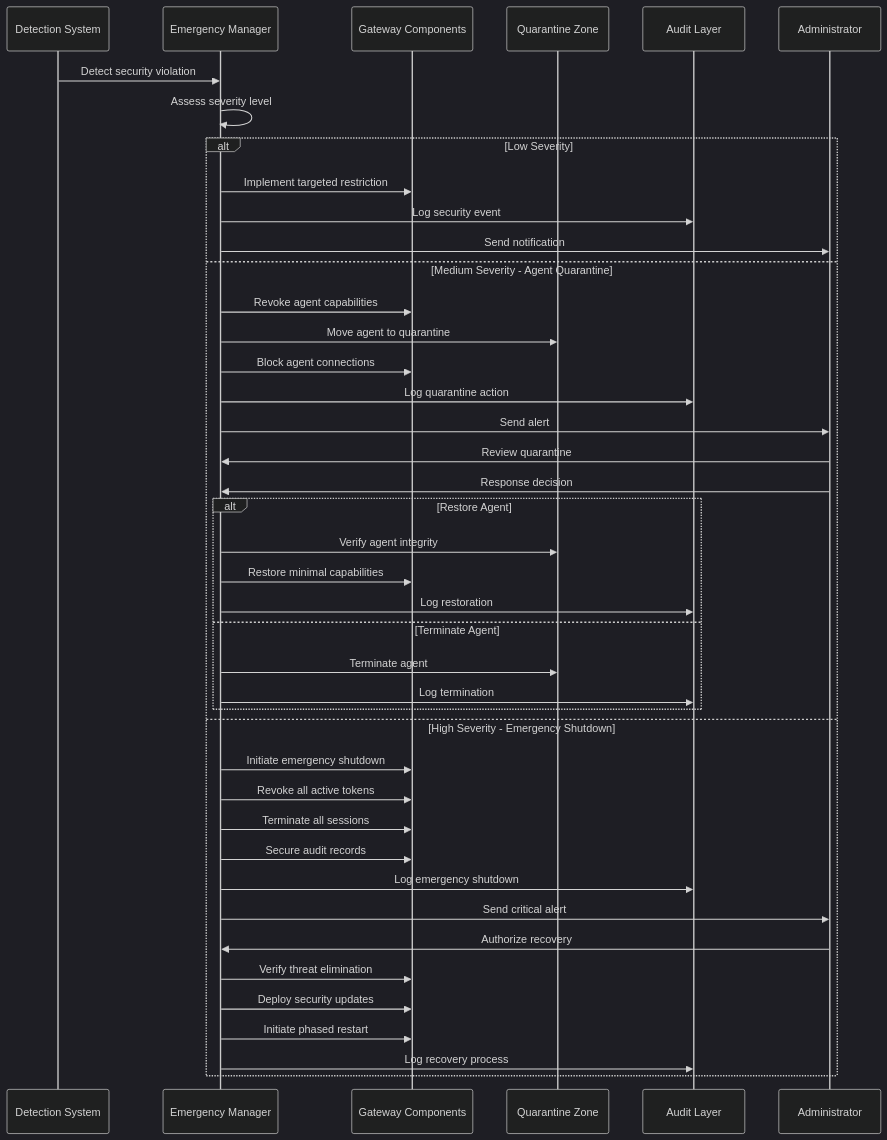
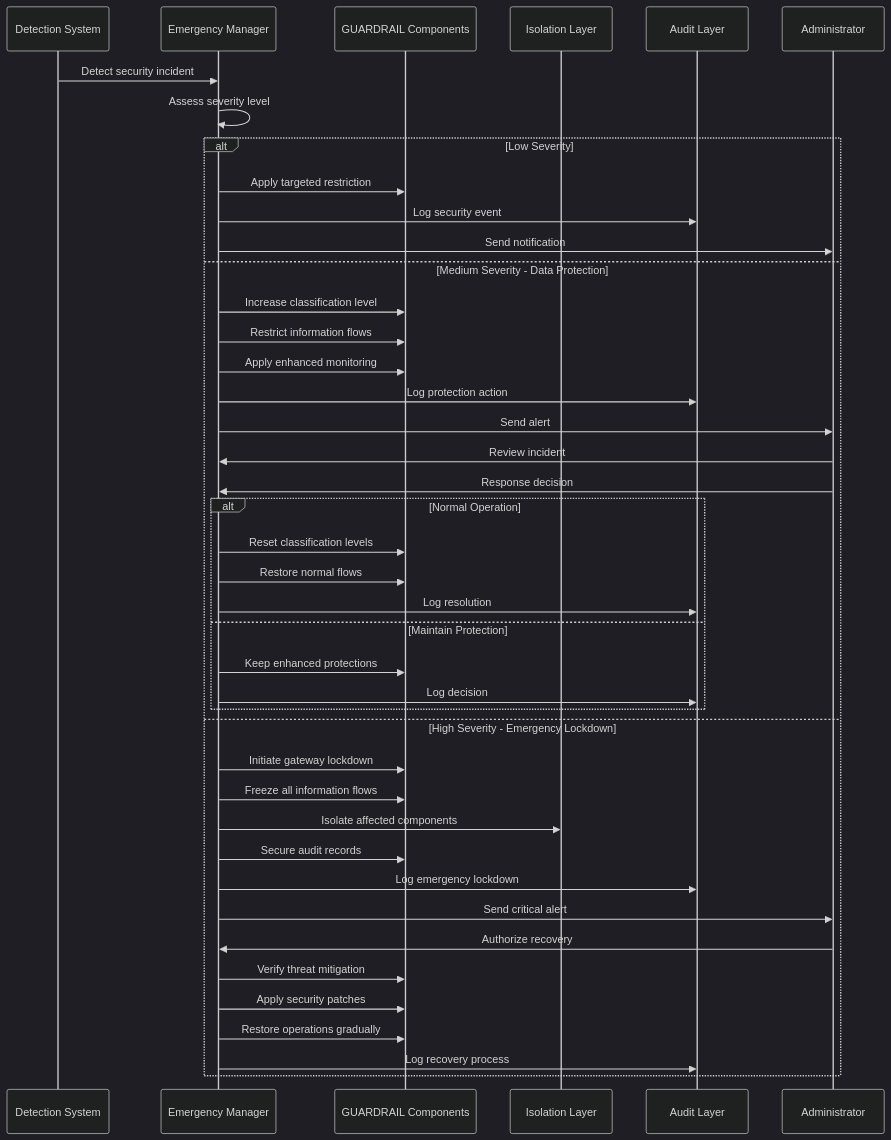
One commit to nshkrdotcom/GUARDRAIL changed the eighth of 8 diagrams in 6-diags-mermaid.md. Above: the diagram before and after it, drawn with Mermaid (dark theme). The commit also changed other lines of this file and 7 other files, not shown here.

````diff
--- a/6-diags-mermaid.md
+++ b/6-diags-mermaid.md
@@ -601,51 +542,51 @@
 ```mermaid
 sequenceDiagram
-    participant DT as Detection System
+    participant DS as Detection System
     participant EM as Emergency Manager
-    participant GW as Gateway Components
-    participant QZ as Quarantine Zone
-    participant ACL as Audit Layer
-    participant ADM as Administrator
+    participant GW as GUARDRAIL Components
+    participant IL as Isolation Layer
+    participant AL as Audit Layer
+    participant AD as Administrator
     
-    DT->>EM: Detect security violation
+    DS->>EM: Detect security incident
     EM->>EM: Assess severity level
     
     alt Low Severity
-        EM->>GW: Implement targeted restriction
-        EM->>ACL: Log security event
-        EM->>ADM: Send notification
+        EM->>GW: Apply targeted restriction
+        EM->>AL: Log security event
+        EM->>AD: Send notification
         
-    else Medium Severity - Agent Quarantine
-        EM->>GW: Revoke agent capabilities
-        EM->>QZ: Move agent to quarantine
-        EM->>GW: Block agent connections
-        EM->>ACL: Log quarantine action
-        EM->>ADM: Send alert
+    else Medium Severity - Data Protection
+        EM->>GW: Increase classification level
+        EM->>GW: Restrict information flows
+        EM->>GW: Apply enhanced monitoring
+        EM->>AL: Log protection action
+        EM->>AD: Send alert
         
-        ADM->>EM: Review quarantine
-        ADM->>EM: Response decision
+        AD->>EM: Review incident
+        AD->>EM: Response decision
         
-        alt Restore Agent
-            EM->>QZ: Verify agent integrity
-            EM->>GW: Restore minimal capabilities
-            EM->>ACL: Log restoration
-        else Terminate Agent
-            EM->>QZ: Terminate agent
-            EM->>ACL: Log termination
+        alt Normal Operation
+            EM->>GW: Reset classification levels
+            EM->>GW: Restore normal flows
+            EM->>AL: Log resolution
+        else Maintain Protection
+            EM->>GW: Keep enhanced protections
+            EM->>AL: Log decision
         end
         
-    else High Severity - Emergency Shutdown
-        EM->>GW: Initiate emergency shutdown
-        EM->>GW: Revoke all active tokens
-        EM->>GW: Terminate all sessions
+    else High Severity - Emergency Lockdown
+        EM->>GW: Initiate gateway lockdown
+        EM->>GW: Freeze all information flows
+        EM->>IL: Isolate affected components
         EM->>GW: Secure audit records
-        EM->>ACL: Log emergency shutdown
-        EM->>ADM: Send critical alert
+        EM->>AL: Log emergency lockdown
+        EM->>AD: Send critical alert
         
-        ADM->>EM: Authorize recovery
-        EM->>GW: Verify threat elimination
-        EM->>GW: Deploy security updates
-        EM->>GW: Initiate phased restart
-        EM->>ACL: Log recovery process
+        AD->>EM: Authorize recovery
+        EM->>GW: Verify threat mitigation
+        EM->>GW: Apply security patches
+        EM->>GW: Restore operations gradually
+        EM->>AL: Log recovery process
     end
 ```
````
